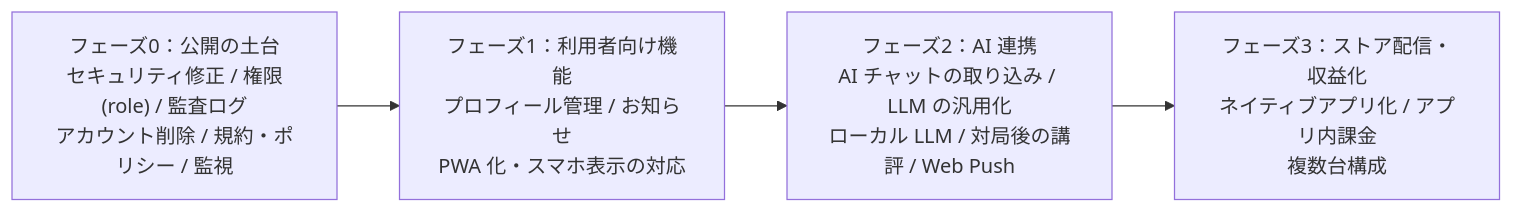
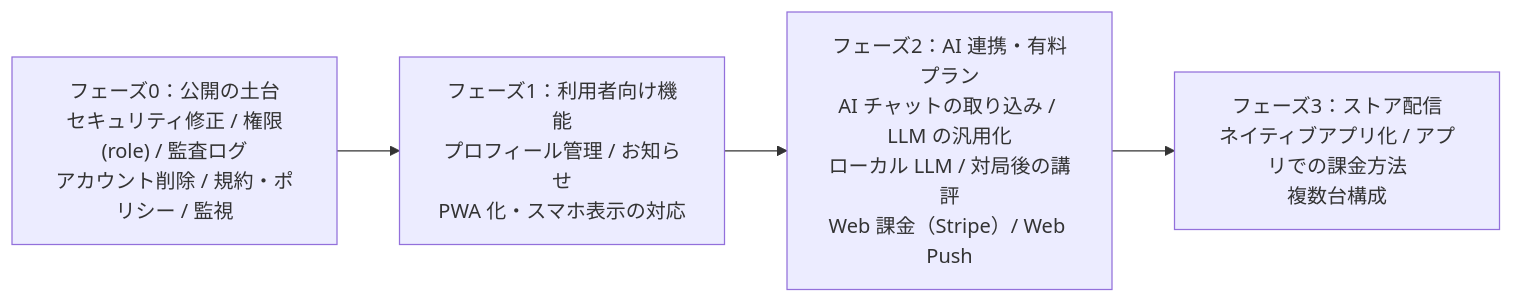
Before and after one commit to fsugano/igo-server: the first of 4 diagrams in docs/technical-requirements.md, drawn with Mermaid. The commit also changed other lines of this file and 1 other file, not shown here.

````diff
--- a/docs/technical-requirements.md
+++ b/docs/technical-requirements.md
@@ -281,8 +283,8 @@
 ```mermaid
 flowchart LR
   P0["フェーズ0：公開の土台<br/>セキュリティ修正 / 権限(role) / 監査ログ<br/>アカウント削除 / 規約・ポリシー / 監視"]
   P1["フェーズ1：利用者向け機能<br/>プロフィール管理 / お知らせ<br/>PWA 化・スマホ表示の対応"]
-  P2["フェーズ2：AI 連携<br/>AI チャットの取り込み / LLM の汎用化<br/>ローカル LLM / 対局後の講評 / Web Push"]
-  P3["フェーズ3：ストア配信・収益化<br/>ネイティブアプリ化 / アプリ内課金<br/>複数台構成"]
+  P2["フェーズ2：AI 連携・有料プラン<br/>AI チャットの取り込み / LLM の汎用化<br/>ローカル LLM / 対局後の講評<br/>Web 課金（Stripe）/ Web Push"]
+  P3["フェーズ3：ストア配信<br/>ネイティブアプリ化 / アプリでの課金方法<br/>複数台構成"]
   P0 --> P1 --> P2 --> P3
 ```
````
